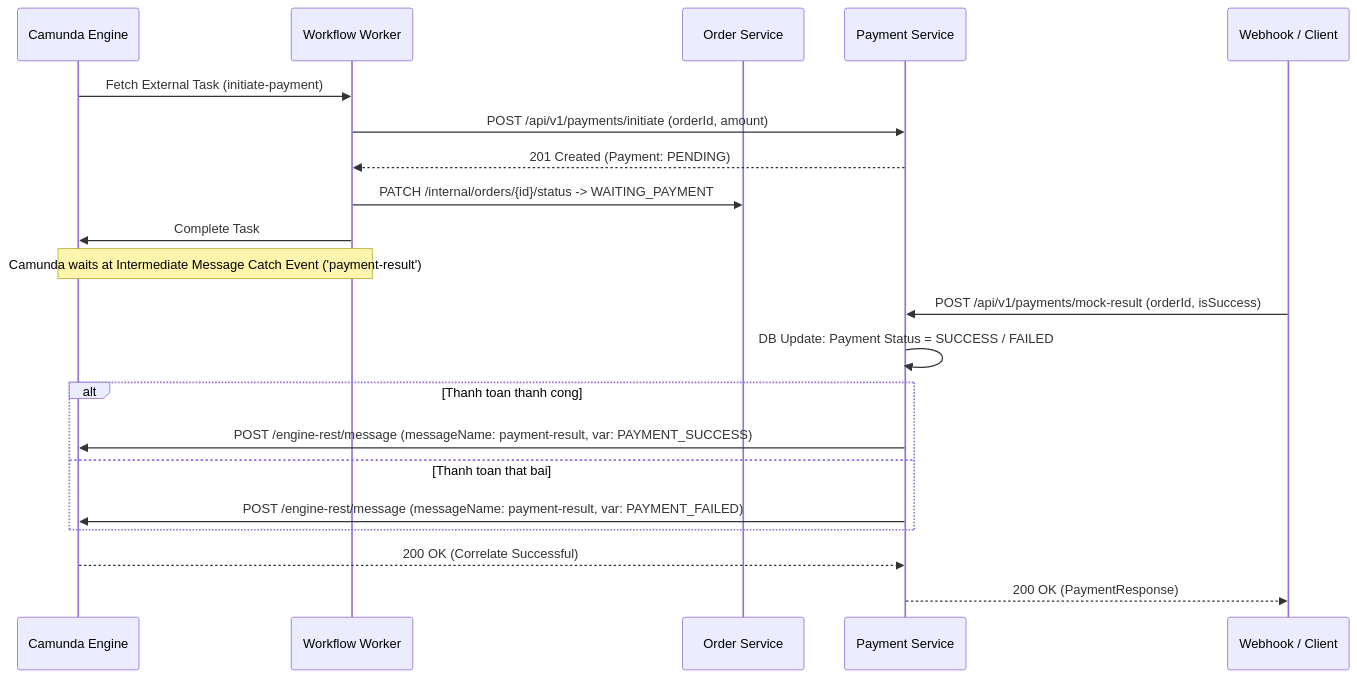
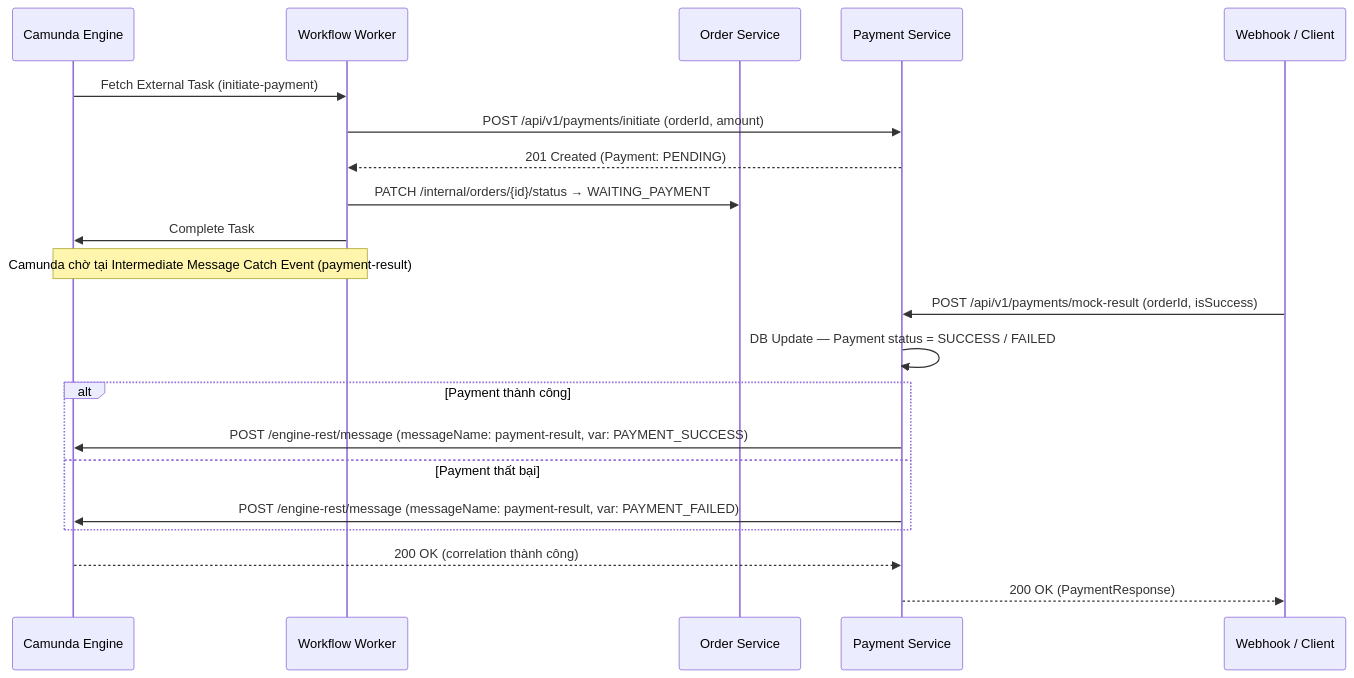
One commit to baosatboiz/asd changed the seventh of 7 diagrams in analysis-and-design-ddd.md. Above: the diagram before and after it, drawn with Mermaid. The commit also changed other lines of this file, not shown here.

````diff
--- a/analysis-and-design-ddd.md
+++ b/analysis-and-design-ddd.md
@@ -344,26 +344,26 @@
 ```mermaid
 sequenceDiagram
     participant C as Camunda Engine
     participant W as Workflow Worker
     participant O as Order Service
     participant P as Payment Service
     participant U as Webhook / Client
 
     C->>W: Fetch External Task (initiate-payment)
     W->>P: POST /api/v1/payments/initiate (orderId, amount)
     P-->>W: 201 Created (Payment: PENDING)
-    W->>O: PATCH /internal/orders/{id}/status -> WAITING_PAYMENT
+    W->>O: PATCH /internal/orders/{id}/status → WAITING_PAYMENT
     W->>C: Complete Task
-    Note over C,W: Camunda waits at Intermediate Message Catch Event ('payment-result')
+    Note over C,W: Camunda chờ tại Intermediate Message Catch Event (payment-result)
 
     U->>P: POST /api/v1/payments/mock-result (orderId, isSuccess)
-    P->>P: DB Update: Payment Status = SUCCESS / FAILED
+    P->>P: DB Update — Payment status = SUCCESS / FAILED
 
-    alt Thanh toan thanh cong
+    alt Payment thành công
         P->>C: POST /engine-rest/message (messageName: payment-result, var: PAYMENT_SUCCESS)
-    else Thanh toan that bai
+    else Payment thất bại
         P->>C: POST /engine-rest/message (messageName: payment-result, var: PAYMENT_FAILED)
     end
-    C-->>P: 200 OK (Correlate Successful)
+    C-->>P: 200 OK (correlation thành công)
     P-->>U: 200 OK (PaymentResponse)
 ```
````
